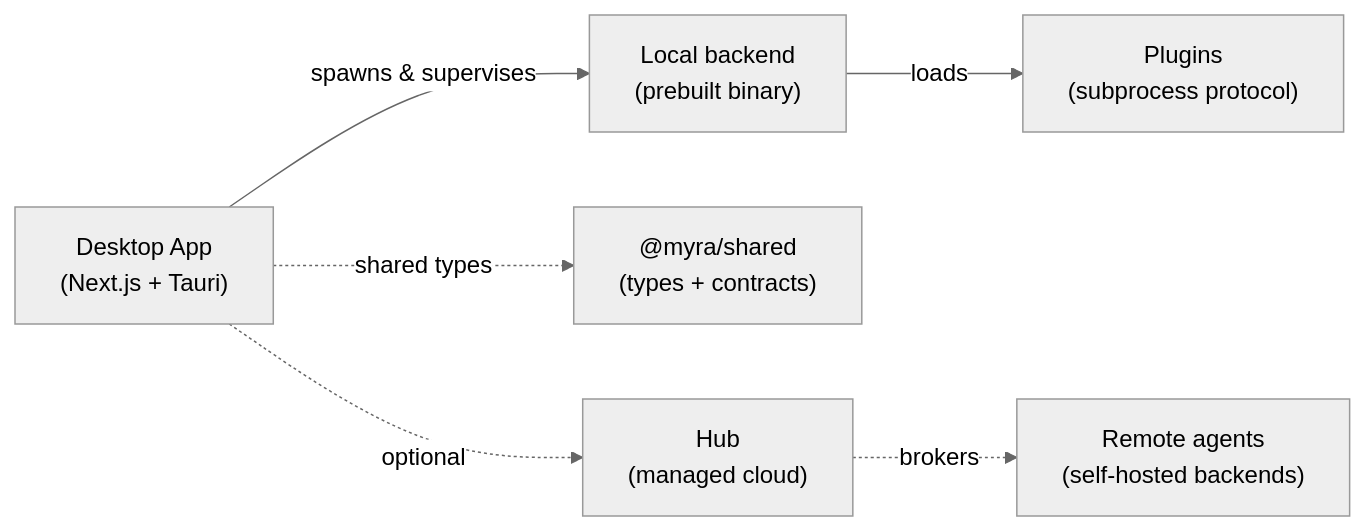
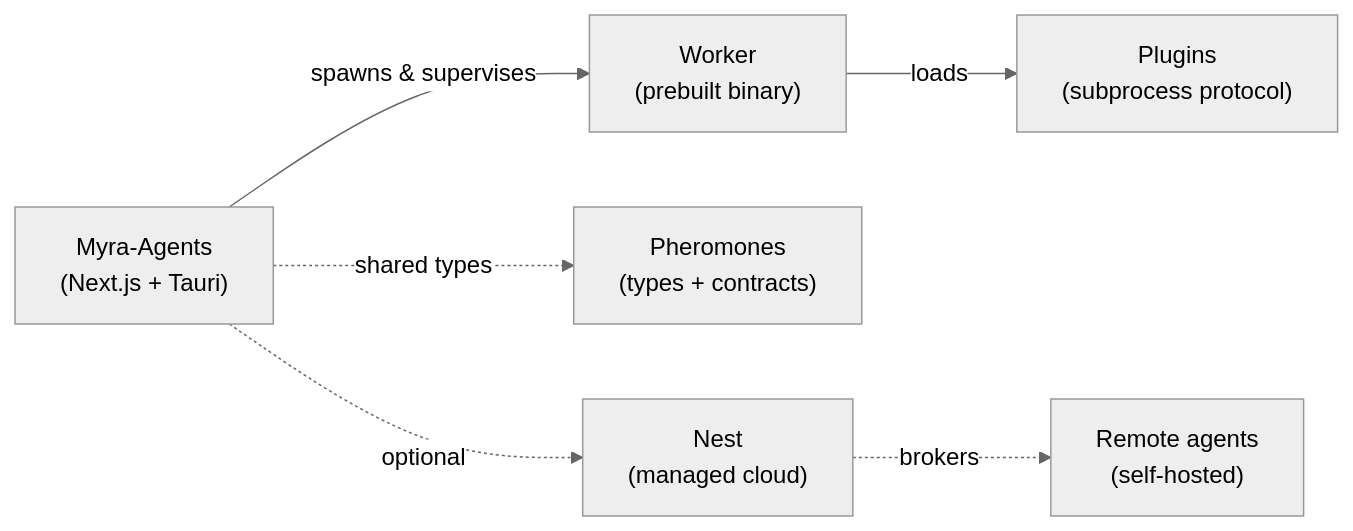
One commit to Myra-Agents/.github changed the diagram in profile/README.md. Above: the diagram before and after it, drawn with Mermaid (neutral theme). The commit also changed other lines of this file, not shown here.

````diff
--- a/profile/README.md
+++ b/profile/README.md
@@ -36,15 +36,15 @@
 ```mermaid
 flowchart LR
-  app["Desktop App<br/>(Next.js + Tauri)"]
-  backend["Local backend<br/>(prebuilt binary)"]
-  plugins["Plugins<br/>(subprocess protocol)"]
-  shared["@myra/shared<br/>(types + contracts)"]
-  hub["Hub<br/>(managed cloud)"]
-  remote["Remote agents<br/>(self-hosted backends)"]
+  app["Myra-Agents\n(Next.js + Tauri)"]
+  worker["Worker\n(prebuilt binary)"]
+  plugins["Plugins\n(subprocess protocol)"]
+  shared["Pheromones\n(types + contracts)"]
+  nest["Nest\n(managed cloud)"]
+  remote["Remote agents\n(self-hosted)"]
 
-  app -->|spawns &amp; supervises| backend
-  backend -->|loads| plugins
-  app -.->|optional| hub
-  hub -.->|brokers| remote
+  app -->|spawns & supervises| worker
+  worker -->|loads| plugins
+  app -.->|optional| nest
+  nest -.->|brokers| remote
   app -.->|shared types| shared
 ```
````
